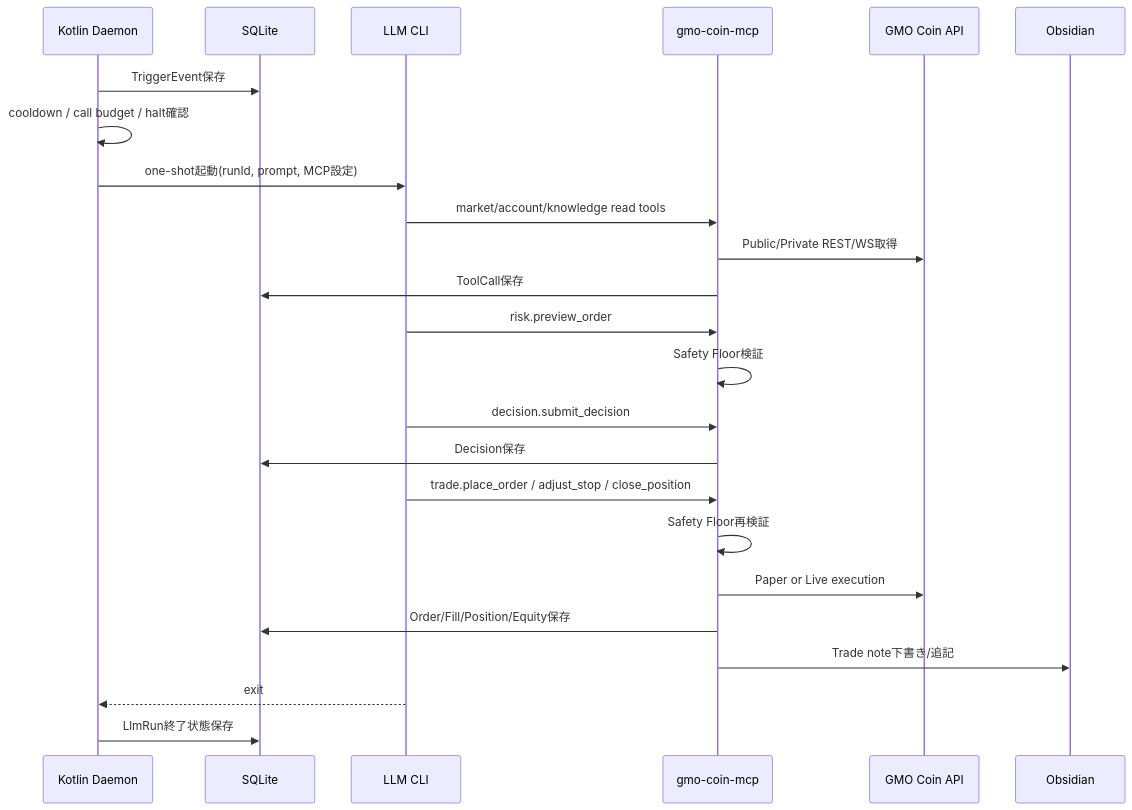
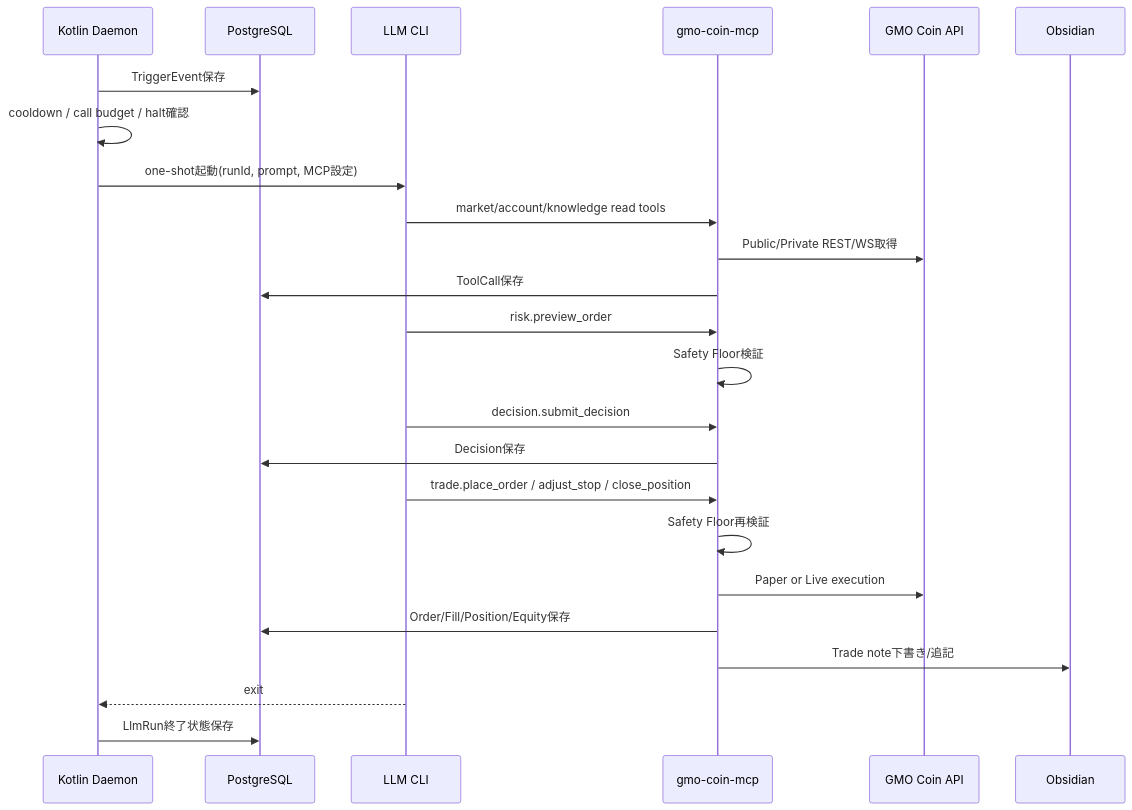
One commit to matsumo0922/fukurou changed the second of 2 diagrams in docs/design.md. Above: the diagram before and after it, drawn with Mermaid. The commit also changed other lines of this file, not shown here.

````diff
--- a/docs/design.md
+++ b/docs/design.md
@@ -129,27 +133,27 @@
 ```mermaid
 sequenceDiagram
     participant D as Kotlin Daemon
-    participant DB as SQLite
+    participant DB as PostgreSQL
     participant CLI as LLM CLI
     participant MCP as gmo-coin-mcp
     participant GMO as GMO Coin API
     participant OBS as Obsidian
 
     D->>DB: TriggerEvent保存
     D->>D: cooldown / call budget / halt確認
     D->>CLI: one-shot起動(runId, prompt, MCP設定)
     CLI->>MCP: market/account/knowledge read tools
     MCP->>GMO: Public/Private REST/WS取得
     MCP->>DB: ToolCall保存
     CLI->>MCP: risk.preview_order
     MCP->>MCP: Safety Floor検証
     CLI->>MCP: decision.submit_decision
     MCP->>DB: Decision保存
     CLI->>MCP: trade.place_order / adjust_stop / close_position
     MCP->>MCP: Safety Floor再検証
     MCP->>GMO: Paper or Live execution
     MCP->>DB: Order/Fill/Position/Equity保存
     MCP->>OBS: Trade note下書き/追記
     CLI-->>D: exit
     D->>DB: LlmRun終了状態保存
 ```
````
